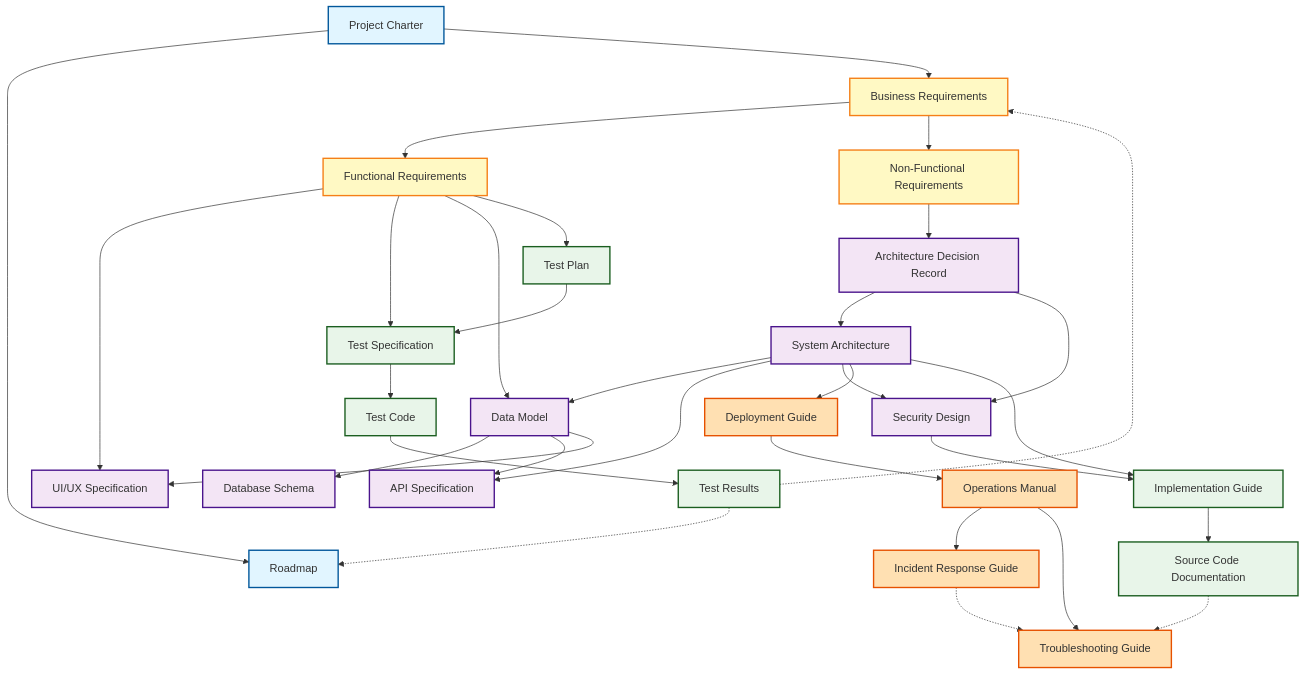
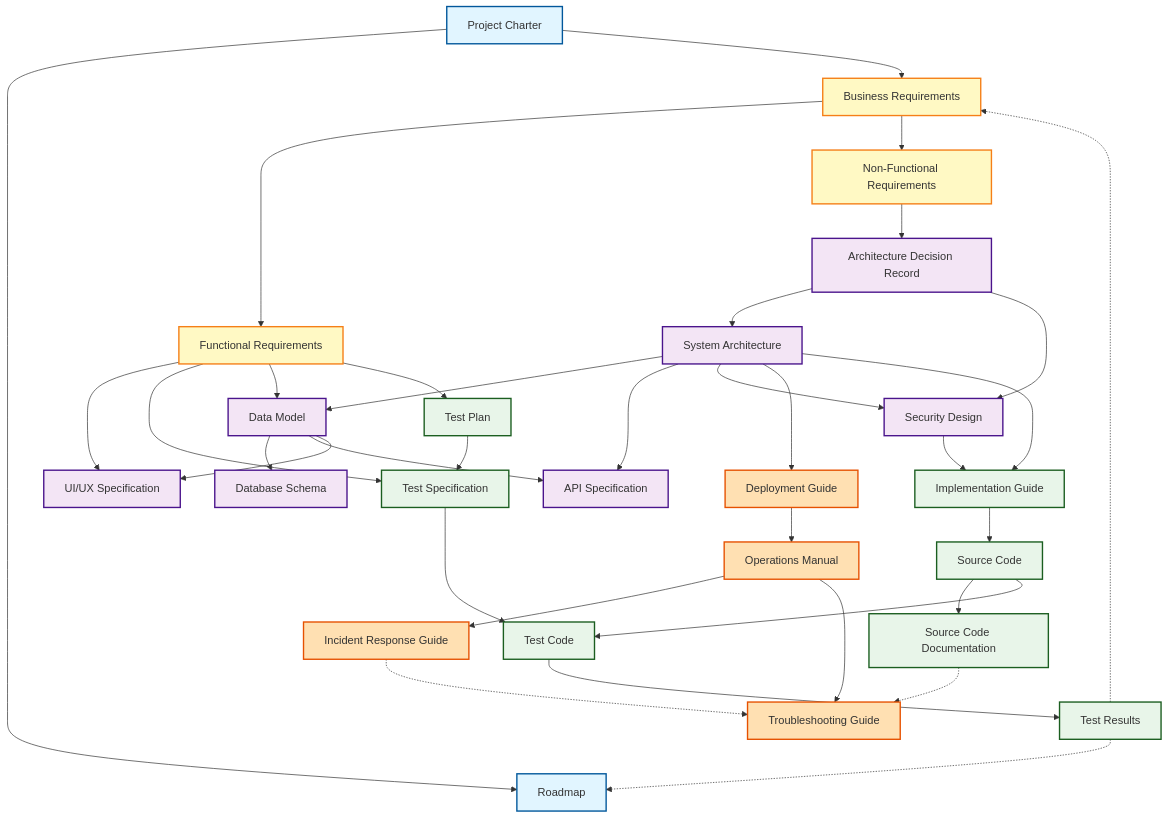
The diagram in specs/document-taxonomy.md (mahitotsu/ukiyoue), drawn with Mermaid before and after one commit. The commit also changed other lines of this file, not shown here.

First line of the commit message:
feat(specs): Add Source Code as document type #16

````diff
--- a/specs/document-taxonomy.md
+++ b/specs/document-taxonomy.md
@@ -258,6 +265,7 @@
     ImplGuide[Implementation Guide]
     TestPlan[Test Plan]
     TestSpec[Test Specification]
+    SrcCode[Source Code]
     TestCode[Test Code]
     TestResults[Test Results]
     SrcDoc[Source Code Documentation]
@@ -300,12 +308,14 @@
     %% Design to Implementation
     SysArch --> ImplGuide
     SecDesign --> ImplGuide
-    ImplGuide --> SrcDoc
+    ImplGuide --> SrcCode
+    SrcCode --> SrcDoc
 
     %% Test Flow
     FuncReq --> TestPlan
     TestPlan --> TestSpec
     TestSpec --> TestCode
+    SrcCode --> TestCode
     TestCode --> TestResults
 
     %% Deployment & Operations
@@ -329,6 +339,6 @@
     class Charter,Roadmap layer1
     class BizReq,FuncReq,NonFuncReq layer2
     class ADR,SysArch,DataModel,UIUX,API,DBSchema,SecDesign layer3
-    class ImplGuide,TestPlan,TestSpec,TestCode,TestResults,SrcDoc layer4
+    class ImplGuide,TestPlan,TestSpec,SrcCode,TestCode,TestResults,SrcDoc layer4
     class DeployGuide,OpsManual,IncidentGuide,TroubleshootGuide layer5
 ```
````
